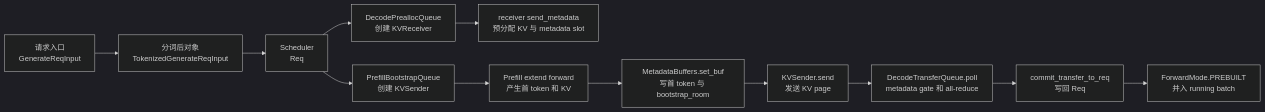
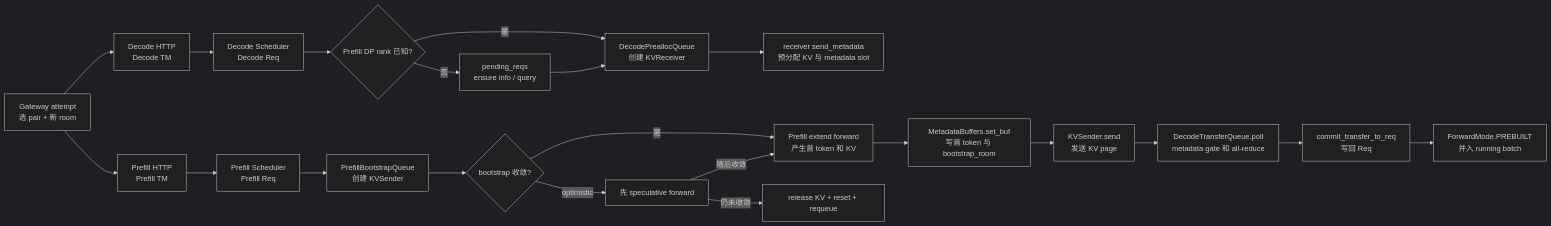
Before and after one commit to OnlyHero5/sglang-reading-vault: the diagram in sglang_reading/高级特性/PD分离/SGLang-PD分离-源码走读.md, drawn with Mermaid (dark theme). The commit also changed other lines of this file and 512 other files, not shown here.

````diff
--- a/sglang_reading/高级特性/PD分离/SGLang-PD分离-源码走读.md
+++ b/sglang_reading/高级特性/PD分离/SGLang-PD分离-源码走读.md
@@ -42,14 +43,23 @@
 ```mermaid
 flowchart LR
-  A["请求入口<br/>GenerateReqInput"] --> B["分词后对象<br/>TokenizedGenerateReqInput"]
-  B --> C["Scheduler<br/>Req"]
-  C --> D["DecodePreallocQueue<br/>创建 KVReceiver"]
+  A["Gateway attempt<br/>选 pair + 新 room"] --> B["Prefill HTTP<br/>Prefill TM"]
+  A --> C["Decode HTTP<br/>Decode TM"]
+  B --> P["Prefill Scheduler<br/>Prefill Req"]
+  C --> Q["Decode Scheduler<br/>Decode Req"]
+  Q --> R{"Prefill DP rank 已知?"}
+  R -->|否| S["pending_reqs<br/>ensure info / query"]
+  R -->|是| D["DecodePreallocQueue<br/>创建 KVReceiver"]
+  S --> D
   D --> E["receiver send_metadata<br/>预分配 KV 与 metadata slot"]
-  C --> F["PrefillBootstrapQueue<br/>创建 KVSender"]
-  F --> G["Prefill extend forward<br/>产生首 token 和 KV"]
+  P --> F["PrefillBootstrapQueue<br/>创建 KVSender"]
+  F --> T{"bootstrap 收敛?"}
+  T -->|是| G["Prefill extend forward<br/>产生首 token 和 KV"]
+  T -->|optimistic| U["先 speculative forward"]
+  U -->|仍未收敛| V["release KV + reset + requeue"]
+  U -->|随后收敛| G
   G --> H["MetadataBuffers.set_buf<br/>写首 token 与 bootstrap_room"]
   H --> I["KVSender.send<br/>发送 KV page"]
   I --> J["DecodeTransferQueue.poll<br/>metadata gate 和 all-reduce"]
   J --> K["commit_transfer_to_req<br/>写回 Req"]
   K --> L["ForwardMode.PREBUILT<br/>并入 running batch"]
 ```
````
